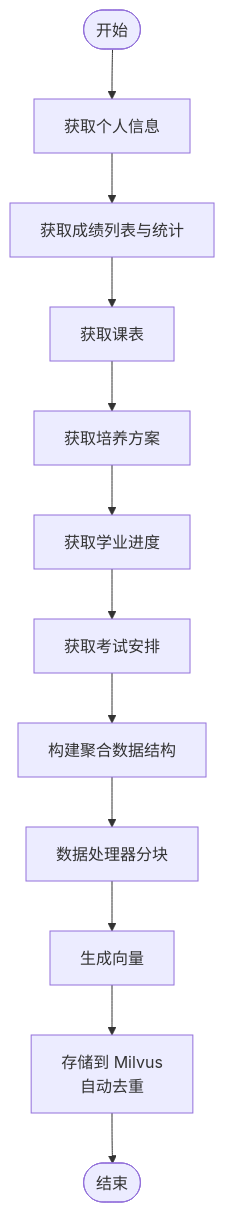
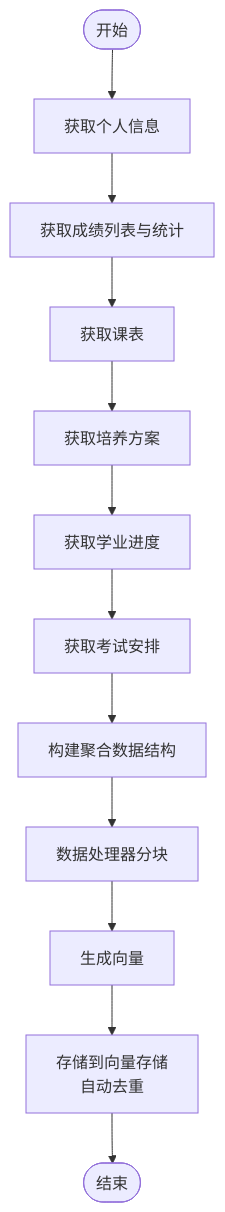
Before and after one commit to ghbbn053-ship-itsoulddog/soulddog: the seventh of 12 diagrams in .qoder/repowiki/zh/content/AI智能问答系统/向量数据库集成/向量数据库集成.md, drawn with Mermaid. The commit also changed other lines of this file and 119 other files, not shown here.

````diff
--- a/.qoder/repowiki/zh/content/AI智能问答系统/向量数据库集成/向量数据库集成.md
+++ b/.qoder/repowiki/zh/content/AI智能问答系统/向量数据库集成/向量数据库集成.md
@@ -281,14 +316,14 @@
 ```mermaid
 flowchart TD
 Start(["开始"]) --> GetPersonal["获取个人信息"]
 GetPersonal --> GetGrades["获取成绩列表与统计"]
 GetGrades --> GetSchedule["获取课表"]
 GetSchedule --> GetPlan["获取培养方案"]
 GetPlan --> GetProgress["获取学业进度"]
 GetProgress --> GetExams["获取考试安排"]
 GetExams --> Build["构建聚合数据结构"]
 Build --> Process["数据处理器分块"]
 Process --> Vectorize["生成向量"]
-Vectorize --> Store["存储到 Milvus<br/>自动去重"]
+Vectorize --> Store["存储到向量存储<br/>自动去重"]
 Store --> End(["结束"])
 ```
````
